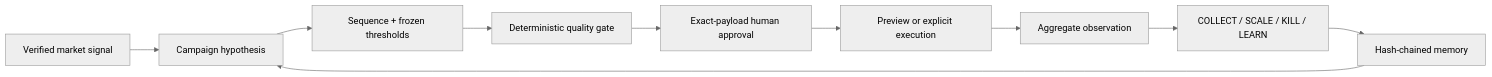
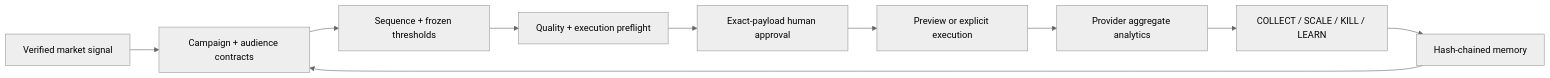
One commit to norahe0304-art/30x-outreach changed the diagram in README.md. Above: the diagram before and after it, drawn with Mermaid (neutral theme). The commit also changed other lines of this file and 28 other files, not shown here.

````diff
--- a/README.md
+++ b/README.md
@@ -44,12 +44,12 @@
 ```mermaid
 flowchart LR
-    A[Verified market signal] --> B[Campaign hypothesis]
+    A[Verified market signal] --> B[Campaign + audience contracts]
     B --> C[Sequence + frozen thresholds]
-    C --> D[Deterministic quality gate]
+    C --> D[Quality + execution preflight]
     D --> E[Exact-payload human approval]
     E --> F[Preview or explicit execution]
-    F --> G[Aggregate observation]
+    F --> G[Provider aggregate analytics]
     G --> H[COLLECT / SCALE / KILL / LEARN]
     H --> I[Hash-chained memory]
     I --> B
 ```
````
